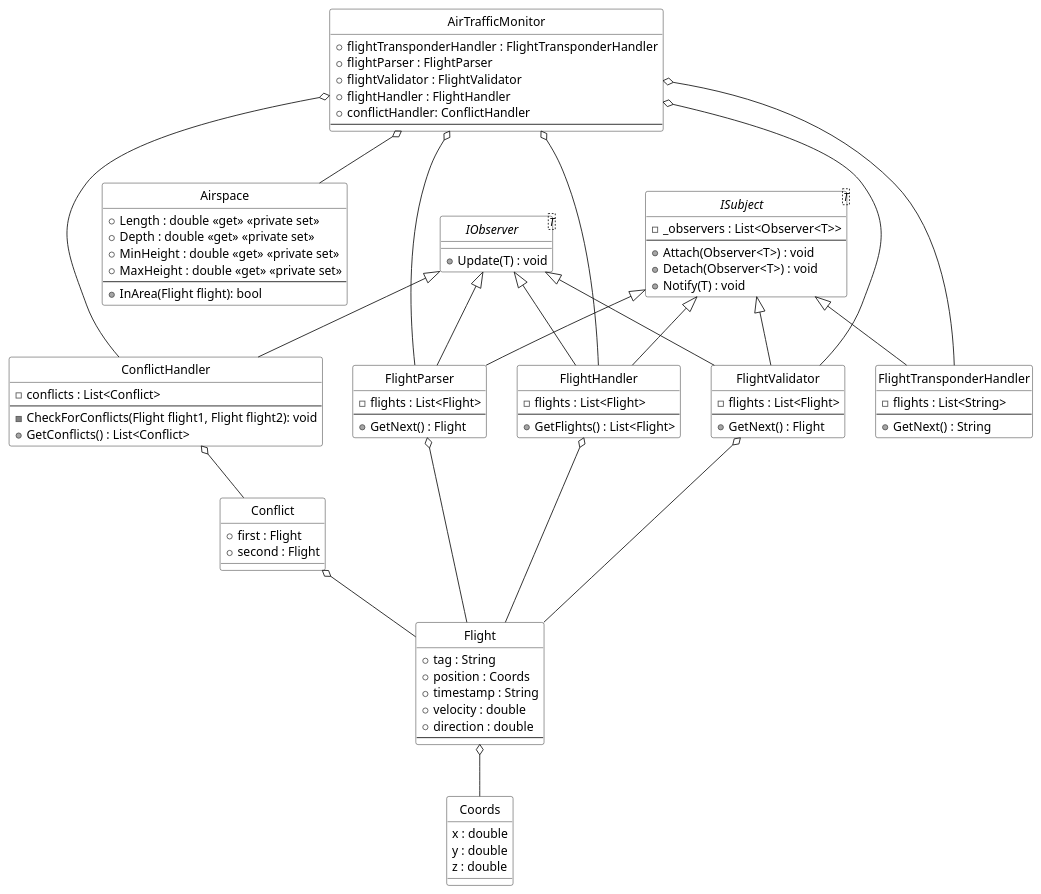
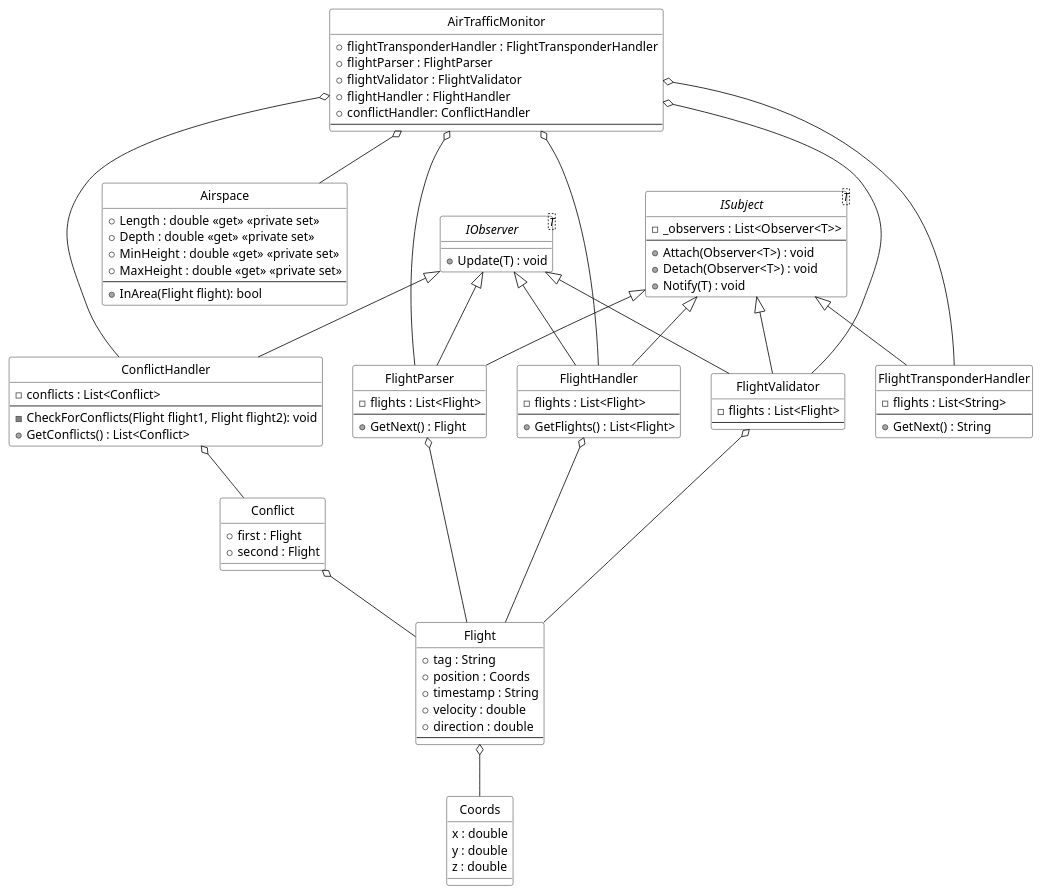
Before and after one commit to TeamSWT7/02-AirTrafficMonitoring: the diagram in class-diagram.plantuml, drawn with PlantUML. The commit also changed 2 other files, not shown here.

Commit message:
Added first testcase for FlightParser

```diff
--- a/class-diagram.plantuml
+++ b/class-diagram.plantuml
@@ -1,111 +1,110 @@
 @startuml
 
 skinparam shadowing false
 skinparam monochrome true
 skinparam backgroundColor transparent
 skinparam classBackgroundColor transparent
 skinparam style strictuml
 'skinparam linetype ortho
 
 class AirTrafficMonitor {
     + flightTransponderHandler : FlightTransponderHandler
     + flightParser : FlightParser
     + flightValidator : FlightValidator
     + flightHandler : FlightHandler
     + conflictHandler: ConflictHandler
     --
 }
 AirTrafficMonitor o--- FlightTransponderHandler
 AirTrafficMonitor o--- FlightParser
 AirTrafficMonitor o--- FlightValidator
 AirTrafficMonitor o--- FlightHandler
 AirTrafficMonitor o--- ConflictHandler
 AirTrafficMonitor o-- Airspace
 
 interface IObserver<T> {
     + Update(T) : void
 }
 interface ISubject<T> {
     - _observers : List<Observer<T>>
     --
     + Attach(Observer<T>) : void
     + Detach(Observer<T>) : void
     + Notify(T) : void
 }
 
 
 
 class Coords {
     x : double
     y : double
     z : double
 }
 class Flight {
     + tag : String
     + position : Coords
     + timestamp : String
     + velocity : double
     + direction : double
     --
 }
 Flight o-- Coords
 
 class Airspace {
     + Length : double <<get>> <<private set>>
     + Depth : double <<get>> <<private set>>
     + MinHeight : double <<get>> <<private set>>
     + MaxHeight : double <<get>> <<private set>>
     --
     + InArea(Flight flight): bool
 }
 
 class FlightTransponderHandler {
     - flights : List<String>
     --
     + GetNext() : String
 }
 ISubject <|-- FlightTransponderHandler
 
 class FlightParser {
     - flights : List<Flight>
     --
     + GetNext() : Flight
 }
 ISubject <|-- FlightParser
 IObserver <|-- FlightParser
 FlightParser o-- Flight
 
 class FlightValidator {
     - flights : List<Flight>
     --
-    + GetNext() : Flight
 }
 ISubject <|-- FlightValidator
 IObserver <|-- FlightValidator
 FlightValidator o-- Flight
 
 class FlightHandler {
     - flights : List<Flight>
     --
     + GetFlights() : List<Flight>
 }
 ISubject <|-- FlightHandler
 IObserver <|-- FlightHandler
 FlightHandler o-- Flight
 
 class ConflictHandler {
     - conflicts : List<Conflict>
     --
     - CheckForConflicts(Flight flight1, Flight flight2): void
     + GetConflicts() : List<Conflict>
 }
 IObserver <|-- ConflictHandler
 
 class Conflict {
     + first : Flight
     + second : Flight
 }
 ConflictHandler o-- Conflict
 Conflict o-- Flight
 
 @enduml
```
